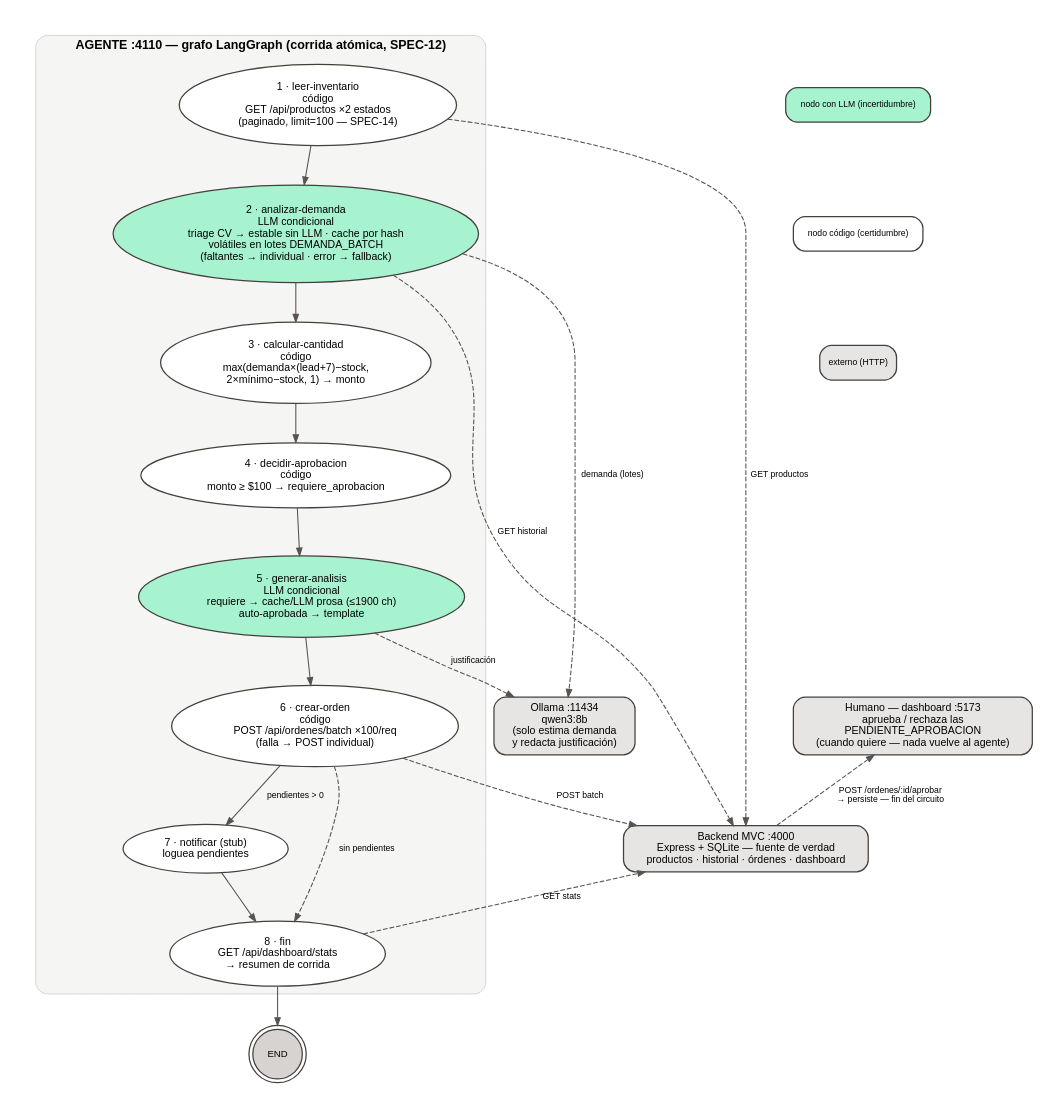
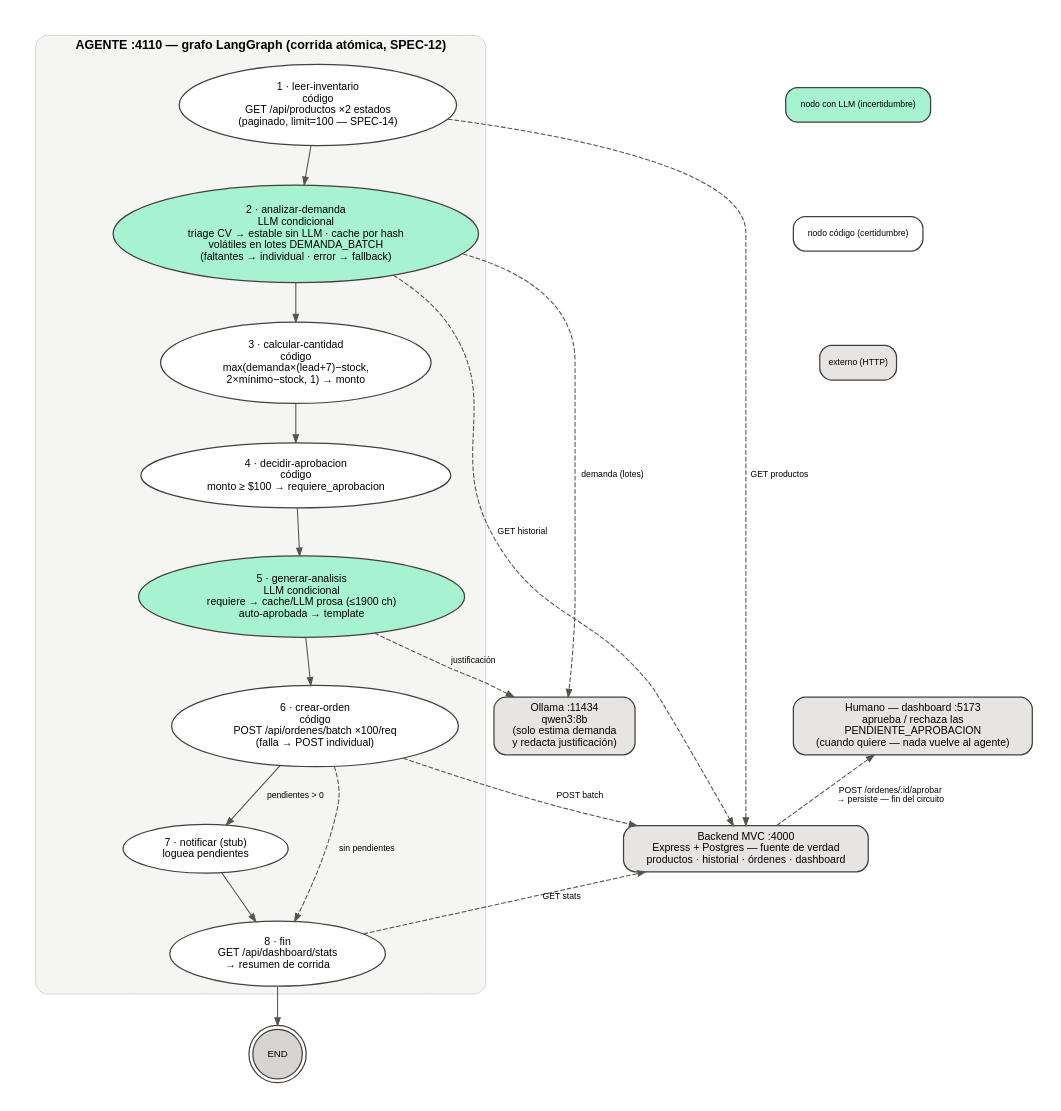
Before and after one commit to damianra/mercado-raiz: the diagram in harness-langgraph/docs/diagramas/flujo-agente.dot, drawn with Graphviz. The commit also changed 11 other files, not shown here.

```diff
--- a/harness-langgraph/docs/diagramas/flujo-agente.dot
+++ b/harness-langgraph/docs/diagramas/flujo-agente.dot
@@ -1,69 +1,69 @@
 digraph flujo {
   rankdir=TB;
   bgcolor="white";
   pad=0.3;
   nodesep=0.45;
   ranksep=0.55;
 
   node [fontname="Helvetica", fontsize=11, style="rounded,filled",
         color="#44403c", fillcolor="#ffffff", penwidth=1.3, margin="0.14,0.09"];
   edge [fontname="Helvetica", fontsize=9, color="#57534e",
         arrowsize=0.8, penwidth=1.1];
 
   subgraph cluster_agente {
     label="AGENTE :4110 — grafo LangGraph (corrida atómica, SPEC-12)";
     labelloc="t";
     fontsize=13;
     fontname="Helvetica-Bold";
     style="rounded,filled";
     fillcolor="#f5f5f4";
     color="#d6d3d1";
 
     leer    [label="1 · leer-inventario\ncódigo\nGET /api/productos ×2 estados\n(paginado, limit=100 — SPEC-14)"];
     analizar[label="2 · analizar-demanda\nLLM condicional\ntriage CV → estable sin LLM · cache por hash\nvolátiles en lotes DEMANDA_BATCH\n(faltantes → individual · error → fallback)",
              fillcolor="#a7f3d0"];
     calcular[label="3 · calcular-cantidad\ncódigo\nmax(demanda×(lead+7)−stock,\n2×mínimo−stock, 1) → monto"];
     decidir [label="4 · decidir-aprobacion\ncódigo\nmonto ≥ $100 → requiere_aprobacion"];
     generar [label="5 · generar-analisis\nLLM condicional\nrequiere → cache/LLM prosa (≤1900 ch)\nauto-aprobada → template",
              fillcolor="#a7f3d0"];
     crear   [label="6 · crear-orden\ncódigo\nPOST /api/ordenes/batch ×100/req\n(falla → POST individual)"];
     notificar[label="7 · notificar (stub)\nloguea pendientes"];
     fin     [label="8 · fin\nGET /api/dashboard/stats\n→ resumen de corrida"];
 
     leer -> analizar -> calcular -> decidir -> generar -> crear;
     crear -> notificar [label=" pendientes > 0"];
     crear -> fin       [label=" sin pendientes", style=dashed];
     notificar -> fin;
   }
 
   end [shape=doublecircle, label="END", width=0.55, fontsize=10,
        fillcolor="#d6d3d1"];
   fin -> end;
 
   backend [shape=box, style="rounded,filled", fillcolor="#e7e5e4",
-           label="Backend MVC :4000\nExpress + SQLite — fuente de verdad\nproductos · historial · órdenes · dashboard"];
+           label="Backend MVC :4000\nExpress + Postgres — fuente de verdad\nproductos · historial · órdenes · dashboard"];
   ollama  [shape=box, style="rounded,filled", fillcolor="#e7e5e4",
            label="Ollama :11434\nqwen3:8b\n(solo estima demanda\ny redacta justificación)"];
   humano  [shape=box, style="rounded,filled", fillcolor="#e7e5e4",
            label="Humano — dashboard :5173\naprueba / rechaza las\nPENDIENTE_APROBACION\n(cuando quiere — nada vuelve al agente)"];
 
   leer    -> backend [style=dashed, label=" GET productos"];
   analizar-> backend [style=dashed, label=" GET historial", constraint=false];
   analizar-> ollama  [style=dashed, label=" demanda (lotes)"];
   generar -> ollama  [style=dashed, label=" justificación"];
   crear   -> backend [style=dashed, label=" POST batch"];
   fin     -> backend [style=dashed, label=" GET stats", constraint=false];
   humano  -> backend [style=dashed, dir=both, arrowhead=none, arrowtail=normal,
                       label=" POST /ordenes/:id/aprobar\n→ persiste — fin del circuito"];
 
   subgraph cluster_leyenda {
     label=""; style="invis";
     nodo_llm  [shape=box, fillcolor="#a7f3d0", fontsize=9,
                label="nodo con LLM (incertidumbre)", margin="0.08,0.04"];
     nodo_cod  [shape=box, fillcolor="#ffffff", fontsize=9,
                label="nodo código (certidumbre)", margin="0.08,0.04"];
     nodo_ext  [shape=box, fillcolor="#e7e5e4", fontsize=9,
                label="externo (HTTP)", margin="0.08,0.04"];
     nodo_llm -> nodo_cod -> nodo_ext [style=invis];
   }
 }
```
